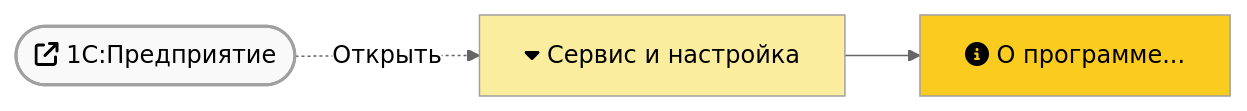
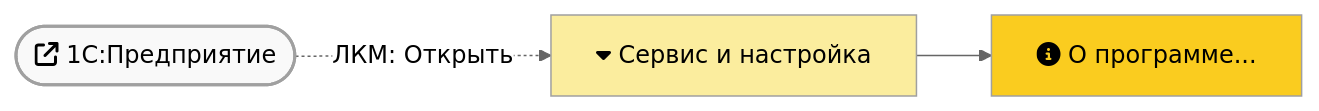
One commit to lugovoe/manual changed the first of 3 diagrams in faq/crash/main-white-window.md. Above: the diagram before and after it, drawn with Mermaid (neutral theme). The commit also changed other lines of this file, not shown here.

````diff
--- a/faq/crash/main-white-window.md
+++ b/faq/crash/main-white-window.md
@@ -4,10 +4,10 @@
 ``` mermaid
 graph LR
-  b1([fa:fa-external-link 1С:Предприятие]) -.-> |Открыть| m1
+  b1([fa:fa-external-link 1С:Предприятие]) -.-> |ЛКМ: Открыть| m1
   m1[fa:fa-caret-down Сервис и настройка] --> m2
   m2[fa:fa-info-circle О программе...]
   style b1 fill:#f9f9f9,stroke-width:2px
   style m1 fill:#fbed9e,stroke-width:1px
   style m2 fill:#facc1f,stroke-width:1px
   classDef default stroke:#a0a0a0
 ```
````
